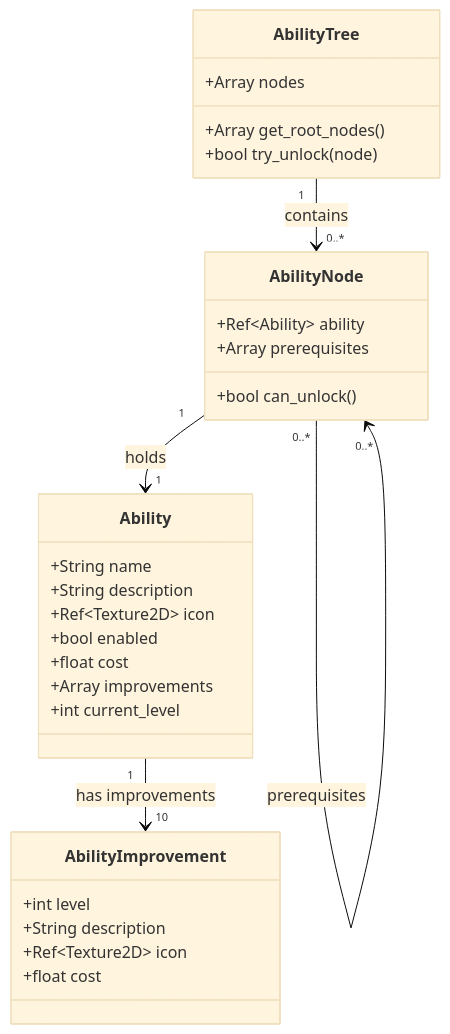
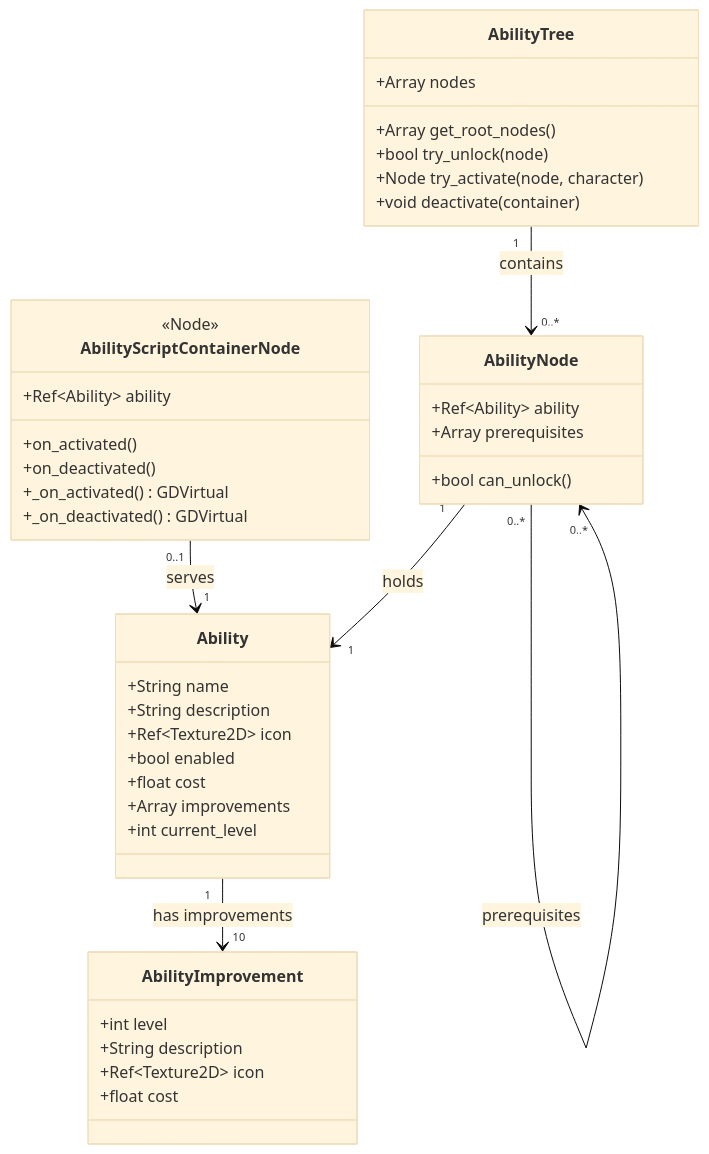
Before and after one commit to morcillo-alex/gems-and-souls: the second of 7 diagrams in documentation/game-design-document.md, drawn with Mermaid (base theme). The commit also changed other lines of this file and 11 other files, not shown here.

Commit message:
added AbilityScriptContainerNode for scene-resident ability behavior and updated AbilityTree methods for activation and deactivation

````diff
--- a/documentation/game-design-document.md
+++ b/documentation/game-design-document.md
@@ -226,36 +226,48 @@
 ```mermaid
 classDiagram
     class AbilityImprovement {
         +int level
         +String description
         +Ref~Texture2D~ icon
         +float cost
     }
 
     class Ability {
         +String name
         +String description
         +Ref~Texture2D~ icon
         +bool enabled
         +float cost
         +Array improvements
         +int current_level
     }
 
+    class AbilityScriptContainerNode {
+        <<Node>>
+        +Ref~Ability~ ability
+        +on_activated()
+        +on_deactivated()
+        +_on_activated() GDVirtual
+        +_on_deactivated() GDVirtual
+    }
+
     class AbilityNode {
         +Ref~Ability~ ability
         +Array prerequisites
         +bool can_unlock()
     }
 
     class AbilityTree {
         +Array nodes
         +Array get_root_nodes()
         +bool try_unlock(node)
+        +Node try_activate(node, character)
+        +void deactivate(container)
     }
 
     Ability "1" --> "10" AbilityImprovement : has improvements
+    AbilityScriptContainerNode "0..1" --> "1" Ability : serves
     AbilityNode "1" --> "1" Ability : holds
     AbilityNode "0..*" --> "0..*" AbilityNode : prerequisites
     AbilityTree "1" --> "0..*" AbilityNode : contains
 ```
````
